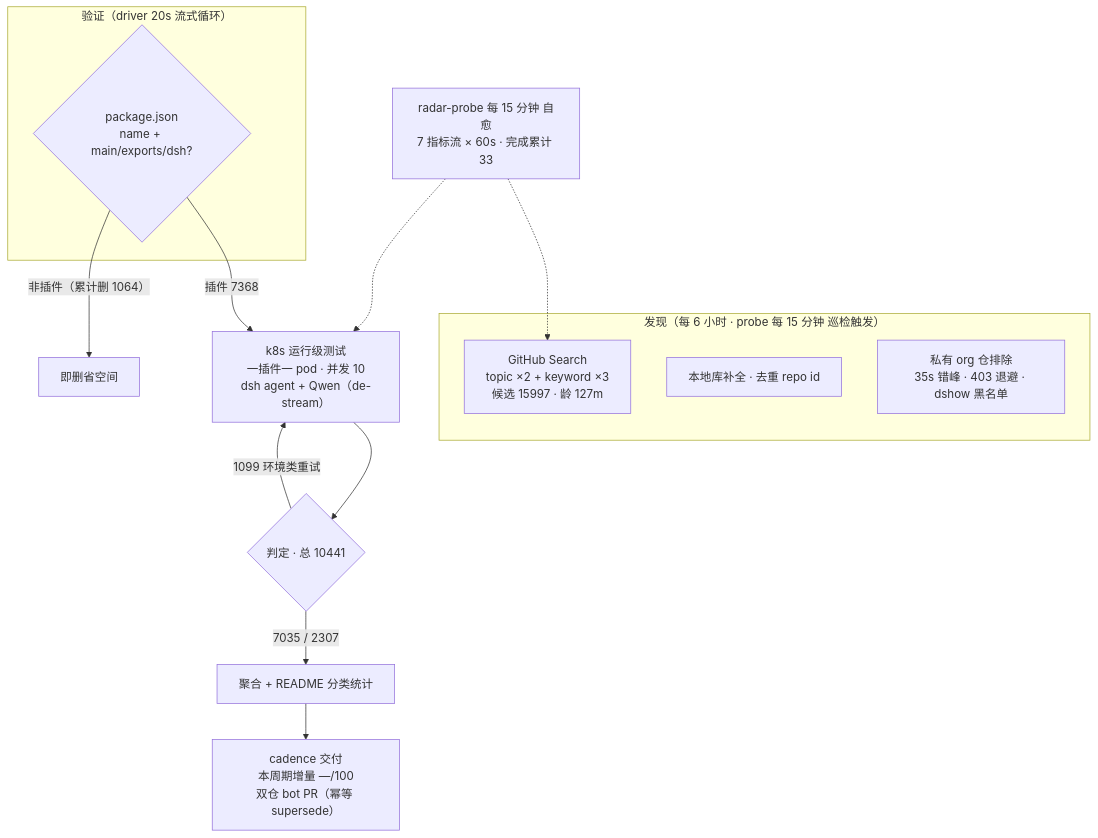
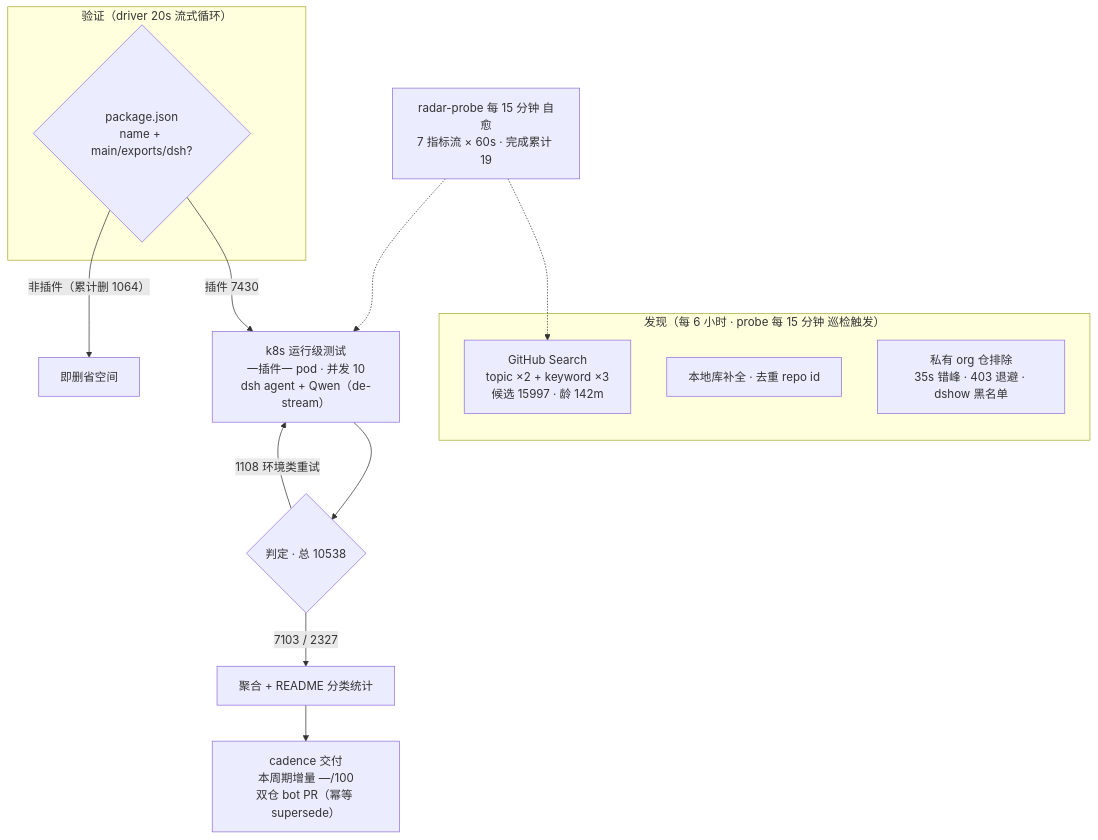
The diagram in README.md (Zhidao-Lab-OSS/awesome-dsh-plugins), drawn with Mermaid before and after one commit. The commit also changed other lines of this file and 1 other file, not shown here.

````diff
--- a/README.md
+++ b/README.md
@@ -37,20 +37,20 @@
 ```mermaid
 flowchart TB
     subgraph Discovery["发现（每 6 小时 · probe 每 15 分钟 巡检触发）"]
-        A1["GitHub Search<br/>topic ×2 + keyword ×3<br/>候选 15997 · 龄 127m"]
+        A1["GitHub Search<br/>topic ×2 + keyword ×3<br/>候选 15997 · 龄 142m"]
         A2["本地库补全 · 去重 repo id"]
         A3["私有 org 仓排除<br/>35s 错峰 · 403 退避 · dshow 黑名单"]
     end
     subgraph Validation["验证（driver 20s 流式循环）"]
         B1{"package.json<br/>name + main/exports/dsh?"}
     end
-    B1 -->|"插件 7368"| C1["k8s 运行级测试<br/>一插件一 pod · 并发 10<br/>dsh agent + Qwen（de-stream）"]
+    B1 -->|"插件 7430"| C1["k8s 运行级测试<br/>一插件一 pod · 并发 10<br/>dsh agent + Qwen（de-stream）"]
     B1 -->|"非插件（累计删 1064）"| B3["即删省空间"]
-    C1 --> D1{"判定 · 总 10441"}
-    D1 -->|"7035 / 2307"| E1["聚合 + README 分类统计"]
-    D1 -->|"1099 环境类重试"| C1
+    C1 --> D1{"判定 · 总 10538"}
+    D1 -->|"7103 / 2327"| E1["聚合 + README 分类统计"]
+    D1 -->|"1108 环境类重试"| C1
     E1 --> E2["cadence 交付<br/>本周期增量 —/100<br/>双仓 bot PR（幂等 supersede）"]
-    M["radar-probe 每 15 分钟 自愈<br/>7 指标流 × 60s · 完成累计 33"]
+    M["radar-probe 每 15 分钟 自愈<br/>7 指标流 × 60s · 完成累计 19"]
     M -.-> A1
     M -.-> C1
 ```
````
